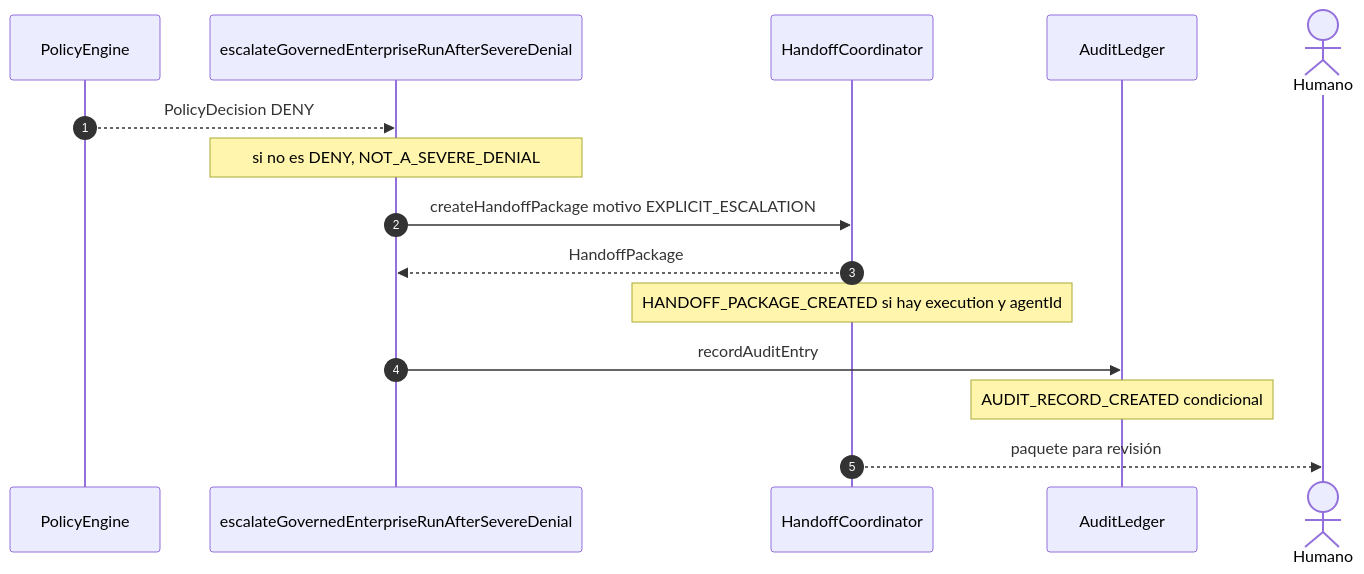
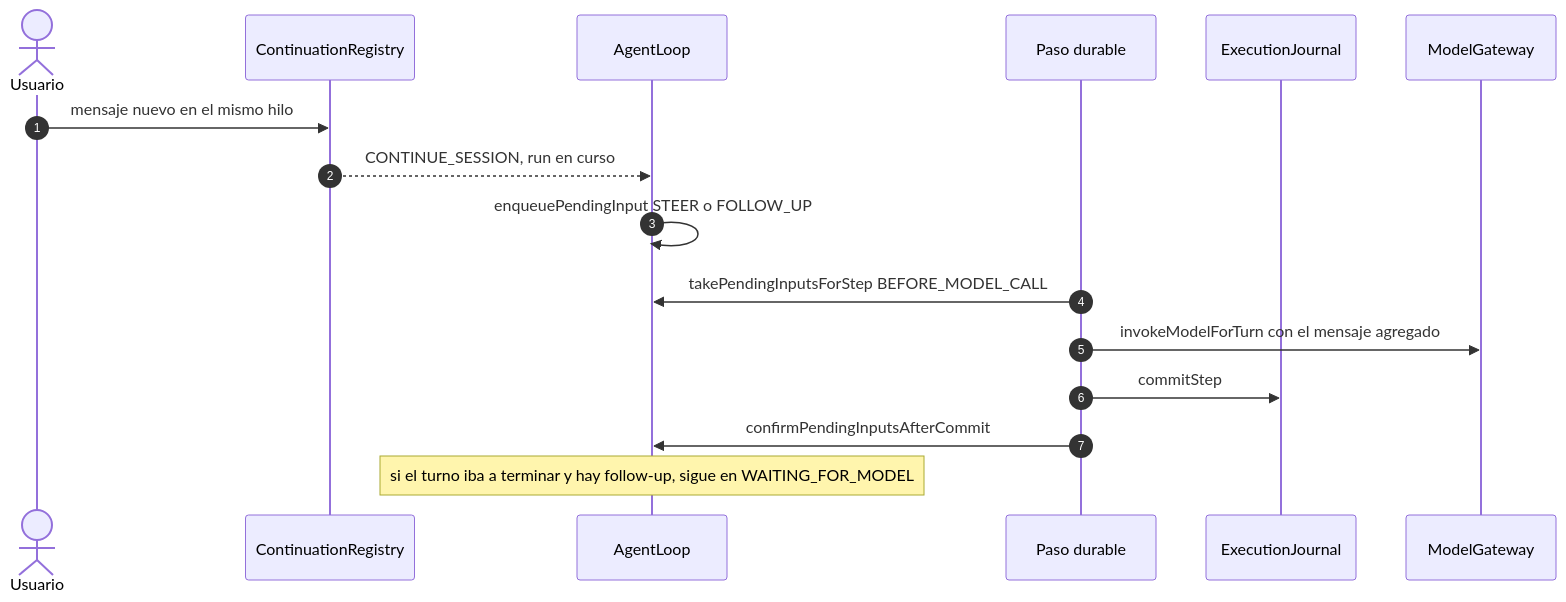
Before and after one commit to aaramirez/arnes-ai: the sixth of 10 diagrams in docs/diagramas/book-harness/BH-10-Flujos-Empresariales.md, drawn with Mermaid. The commit also changed other lines of this file and 52 other files, not shown here.

````diff
--- a/docs/diagramas/book-harness/BH-10-Flujos-Empresariales.md
+++ b/docs/diagramas/book-harness/BH-10-Flujos-Empresariales.md
@@ -287,18 +325,19 @@
 ```mermaid
 sequenceDiagram
   autonumber
-  participant PE as PolicyEngine
-  participant F as escalateGovernedEnterpriseRunAfterSevereDenial
-  participant HC as HandoffCoordinator
-  participant AUD as AuditLedger
-  actor H as Humano
+  actor U as Usuario
+  participant CNR as ContinuationRegistry
+  participant AL as AgentLoop
+  participant F as Paso durable
+  participant EJ as ExecutionJournal
+  participant MG as ModelGateway
 
-  PE-->>F: PolicyDecision DENY
-  Note over F: si no es DENY, NOT_A_SEVERE_DENIAL
-  F->>HC: createHandoffPackage motivo EXPLICIT_ESCALATION
-  HC-->>F: HandoffPackage
-  Note over HC: HANDOFF_PACKAGE_CREATED si hay execution y agentId
-  F->>AUD: recordAuditEntry
-  Note over AUD: AUDIT_RECORD_CREATED condicional
-  HC-->>H: paquete para revisión
+  U->>CNR: mensaje nuevo en el mismo hilo
+  CNR-->>AL: CONTINUE_SESSION, run en curso
+  AL->>AL: enqueuePendingInput STEER o FOLLOW_UP
+  F->>AL: takePendingInputsForStep BEFORE_MODEL_CALL
+  F->>MG: invokeModelForTurn con el mensaje agregado
+  F->>EJ: commitStep
+  F->>AL: confirmPendingInputsAfterCommit
+  Note over AL: si el turno iba a terminar y hay follow-up, sigue en WAITING_FOR_MODEL
 ```
````
